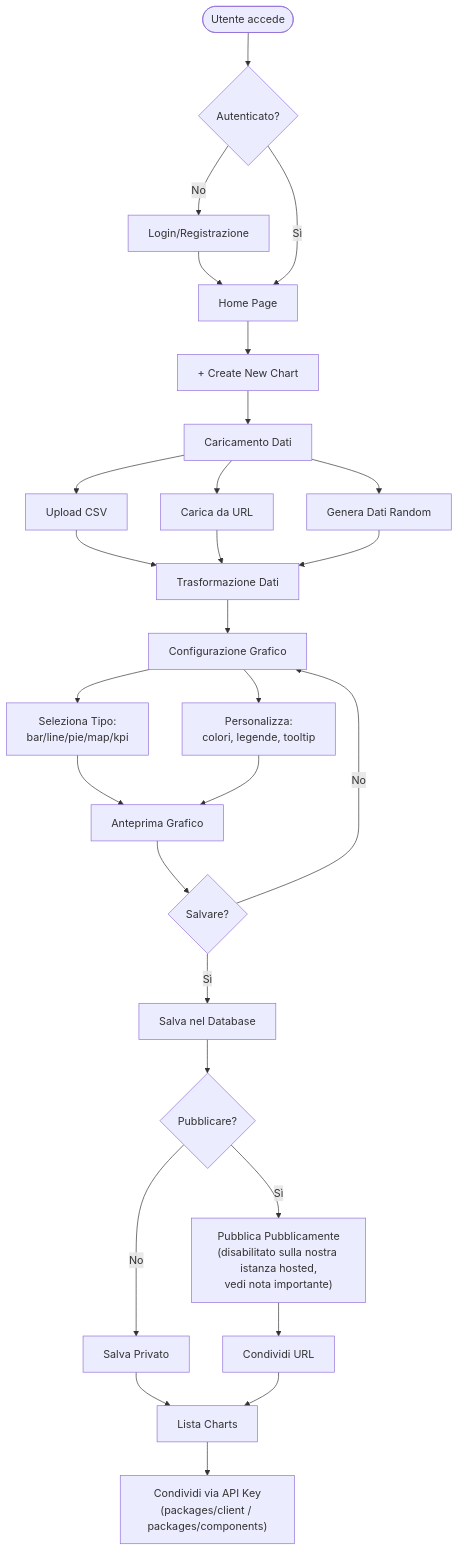
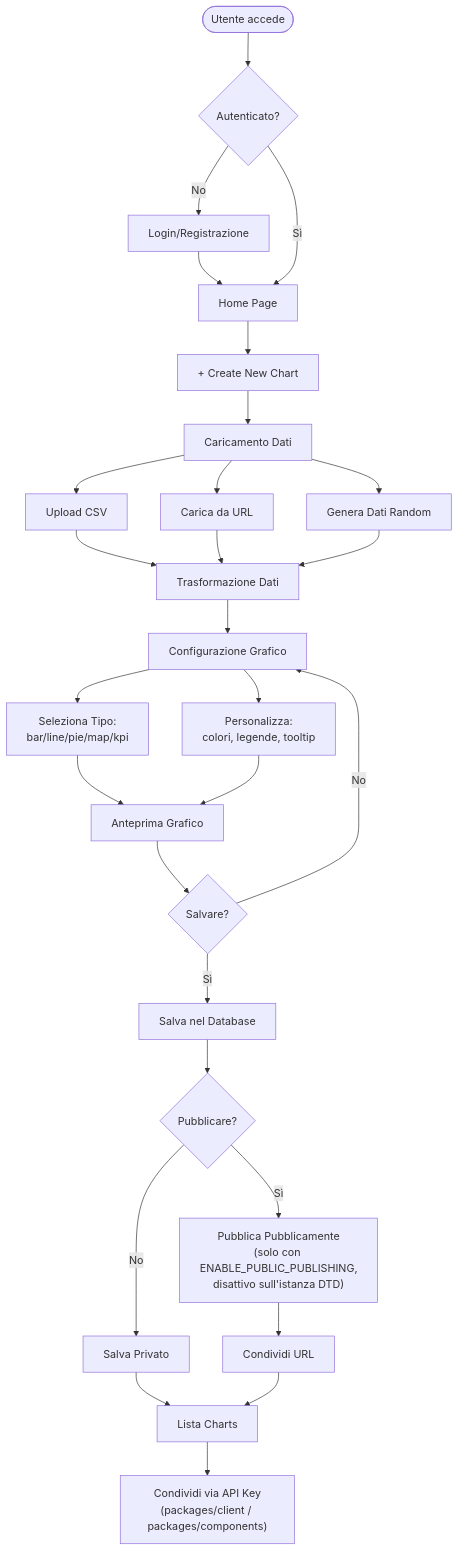
Before and after one commit to italia/graph-italia: the second of 14 diagrams in README.md, drawn with Mermaid. The commit also changed other lines of this file and 21 other files, not shown here.

````diff
--- a/README.md
+++ b/README.md
@@ -416,38 +457,38 @@
 ```mermaid
 flowchart TD
     Start([Utente accede]) --> Login{Autenticato?}
     Login -->|No| Auth[Login/Registrazione]
     Auth --> Home[Home Page]
     Login -->|Sì| Home
 
     Home --> Create[+ Create New Chart]
     Create --> Load[Caricamento Dati]
 
     Load --> CSV[Upload CSV]
     Load --> URL[Carica da URL]
     Load --> Gen[Genera Dati Random]
 
     CSV --> Transform[Trasformazione Dati]
     URL --> Transform
     Gen --> Transform
 
     Transform --> Config[Configurazione Grafico]
     Config --> SelectType[Seleziona Tipo:<br/>bar/line/pie/map/kpi]
     Config --> Customize[Personalizza:<br/>colori, legende, tooltip]
 
     SelectType --> Preview[Anteprima Grafico]
     Customize --> Preview
 
     Preview --> Save{Salvare?}
     Save -->|Sì| SaveDB[Salva nel Database]
     Save -->|No| Config
 
     SaveDB --> Publish{Pubblicare?}
-    Publish -->|Sì| Public["Pubblica Pubblicamente<br/>(disabilitato sulla nostra istanza hosted,<br/>vedi nota importante)"]
+    Publish -->|Sì| Public["Pubblica Pubblicamente<br/>(solo con ENABLE_PUBLIC_PUBLISHING,<br/>disattivo sull'istanza DTD)"]
     Publish -->|No| Private[Salva Privato]
 
     Public --> Share[Condividi URL]
     Private --> List[Lista Charts]
     Share --> List
     List --> ApiShare["Condividi via API Key<br/>(packages/client / packages/components)"]
 ```
````
